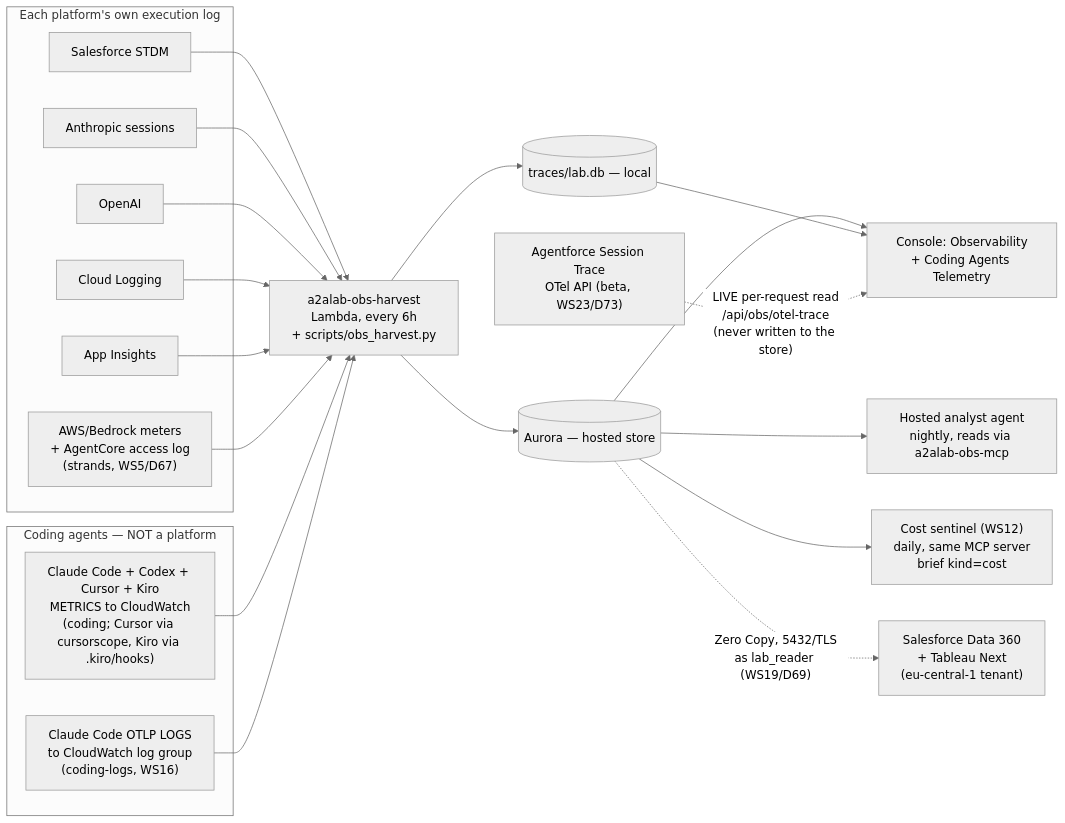
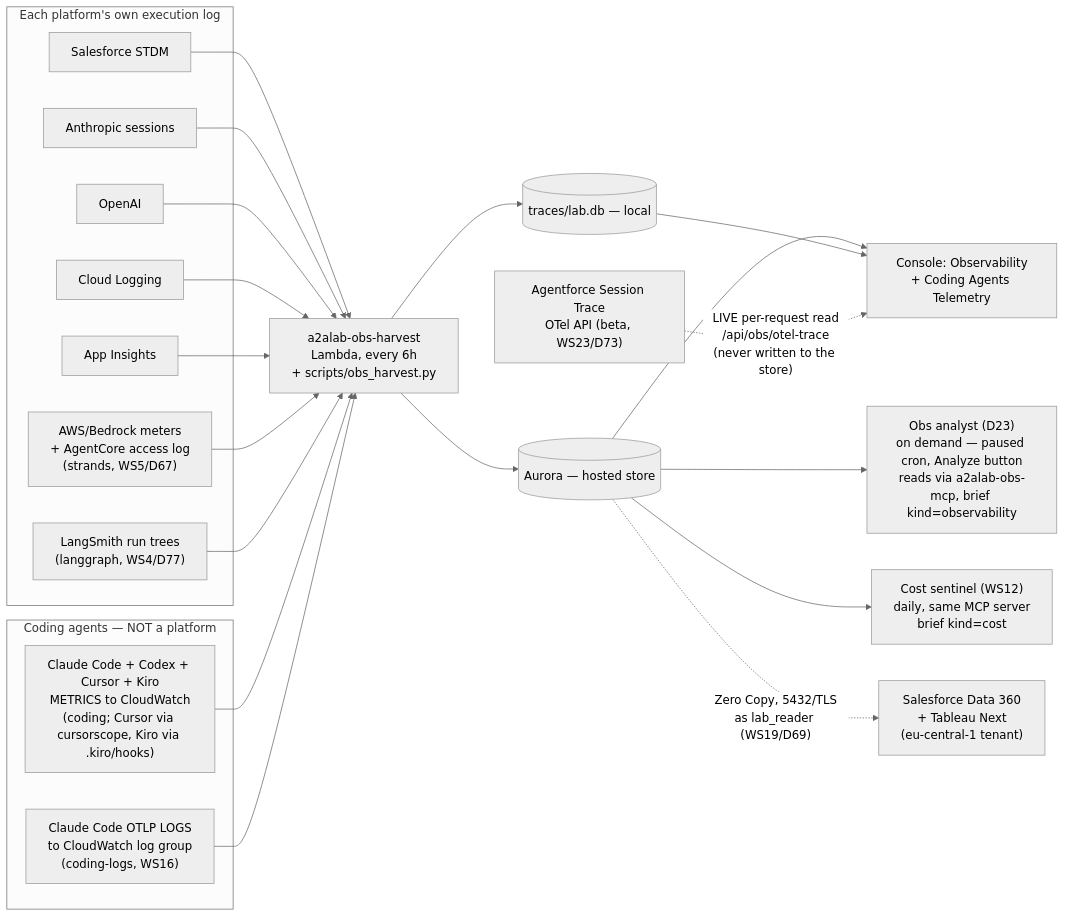
Before and after one commit to congmingwudi/a2a-lab: the seventh of 11 diagrams in plan/09-deployment-map.md, drawn with Mermaid (neutral theme). The commit also changed other lines of this file and 13 other files, not shown here.

````diff
--- a/plan/09-deployment-map.md
+++ b/plan/09-deployment-map.md
@@ -639,32 +639,34 @@
 ```mermaid
 flowchart LR
   subgraph SRC["Each platform's own execution log"]
     S1["Salesforce STDM"]
     S2["Anthropic sessions"]
     S3["OpenAI"]
     S4["Cloud Logging"]
     S5["App Insights"]
     S8["AWS/Bedrock meters<br/>+ AgentCore access log<br/>(strands, WS5/D67)"]
+    S9["LangSmith run trees<br/>(langgraph, WS4/D77)"]
   end
   subgraph CODE["Coding agents — NOT a platform"]
     S6["Claude Code + Codex + Cursor + Kiro<br/>METRICS to CloudWatch<br/>(coding; Cursor via cursorscope, Kiro via .kiro/hooks)"]
     S7["Claude Code OTLP LOGS<br/>to CloudWatch log group<br/>(coding-logs, WS16)"]
   end
   HARV2["a2alab-obs-harvest<br/>Lambda, every 6h<br/>+ scripts/obs_harvest.py"]
   S1 --> HARV2
   S2 --> HARV2
   S3 --> HARV2
   S4 --> HARV2
   S5 --> HARV2
   S8 --> HARV2
+  S9 --> HARV2
   S6 --> HARV2
   S7 --> HARV2
   HARV2 --> PG[("Aurora — hosted store")]
   HARV2 --> LITE[("traces/lab.db — local")]
   PG --> CONSOLE["Console: Observability<br/>+ Coding Agents Telemetry"]
   LITE --> CONSOLE
-  PG --> ANALYST["Hosted analyst agent<br/>nightly, reads via a2alab-obs-mcp"]
+  PG --> ANALYST["Obs analyst (D23)<br/>on demand — paused cron, Analyze button<br/>reads via a2alab-obs-mcp, brief kind=observability"]
   PG --> SENT["Cost sentinel (WS12)<br/>daily, same MCP server<br/>brief kind=cost"]
   PG -. "Zero Copy, 5432/TLS<br/>as lab_reader (WS19/D69)" .-> DC["Salesforce Data 360<br/>+ Tableau Next<br/>(eu-central-1 tenant)"]
   OTLIVE["Agentforce Session Trace<br/>OTel API (beta, WS23/D73)"] -. "LIVE per-request read<br/>/api/obs/otel-trace<br/>(never written to the store)" .-> CONSOLE
 ```
````
